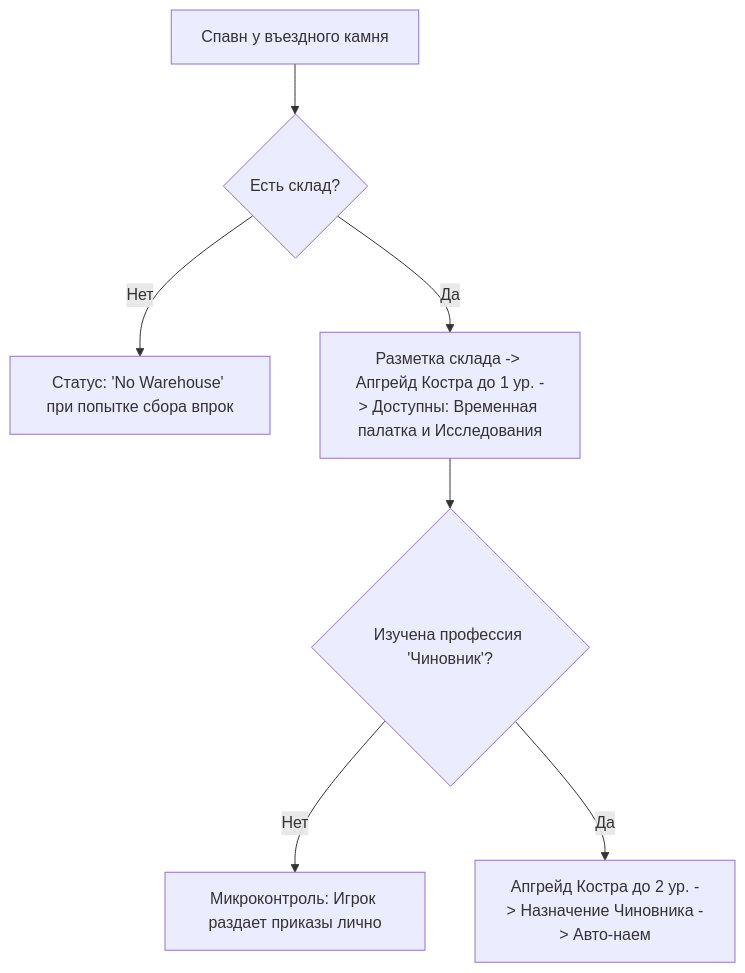
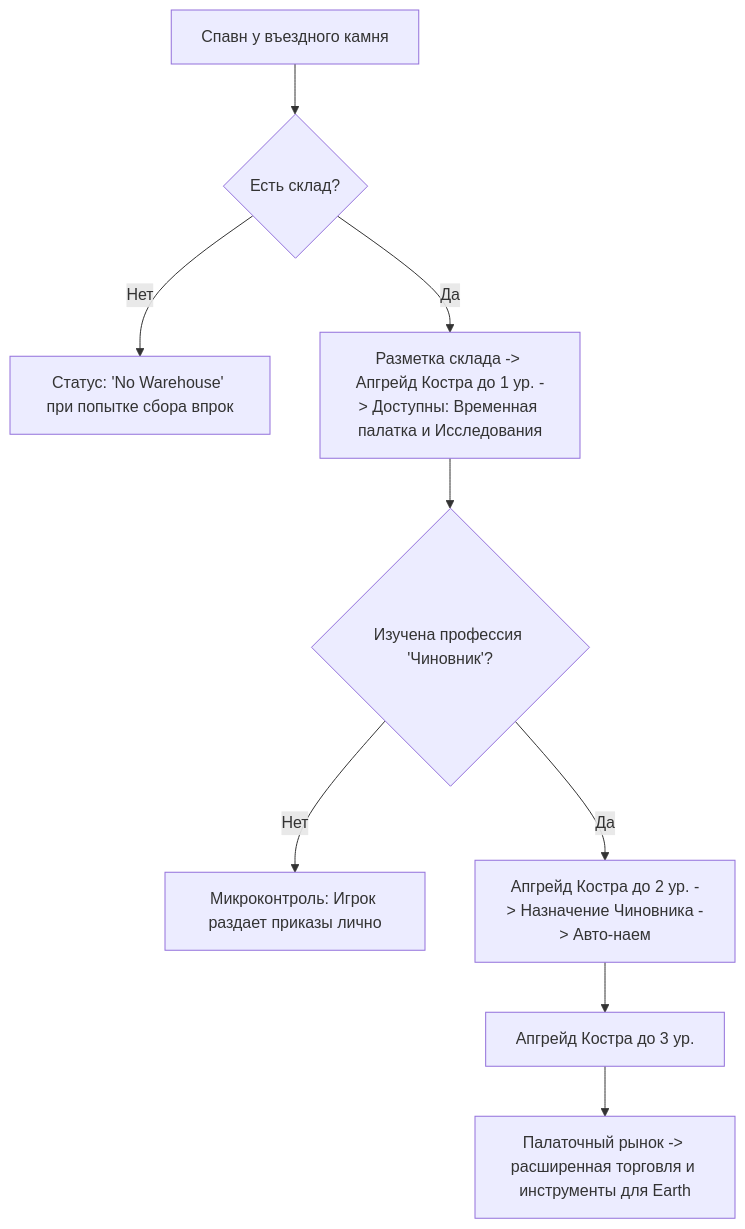
One commit to bozonx/go-to-happyness changed the diagram in design_docs/tent_era_survival.md. Above: the diagram before and after it, drawn with Mermaid. The commit also changed other lines of this file and 12 other files, not shown here.

````diff
--- a/design_docs/tent_era_survival.md
+++ b/design_docs/tent_era_survival.md
@@ -64,9 +65,11 @@
 ```mermaid
 graph TD
     Spawn[Спавн у въездного камня] --> NoWarehouse{Есть склад?}
     NoWarehouse -- Нет --> StatusNoWarehouse[Статус: 'No Warehouse' при попытке сбора впрок]
     NoWarehouse -- Да --> BuildCampfire1[Разметка склада -> Апгрейд Костра до 1 ур. -> Доступны: Временная палатка и Исследования]
     BuildCampfire1 --> ResearchOfficial{Изучена профессия 'Чиновник'?}
     ResearchOfficial -- Нет --> MicroManagement[Микроконтроль: Игрок раздает приказы лично]
     ResearchOfficial -- Да --> UpgradeCampfire2[Апгрейд Костра до 2 ур. -> Назначение Чиновника -> Авто-наем]
+    UpgradeCampfire2 --> UpgradeCampfire3[Апгрейд Костра до 3 ур.]
+    UpgradeCampfire3 --> TentMarket[Палаточный рынок -> расширенная торговля и инструменты для Earth]
 ```
````
